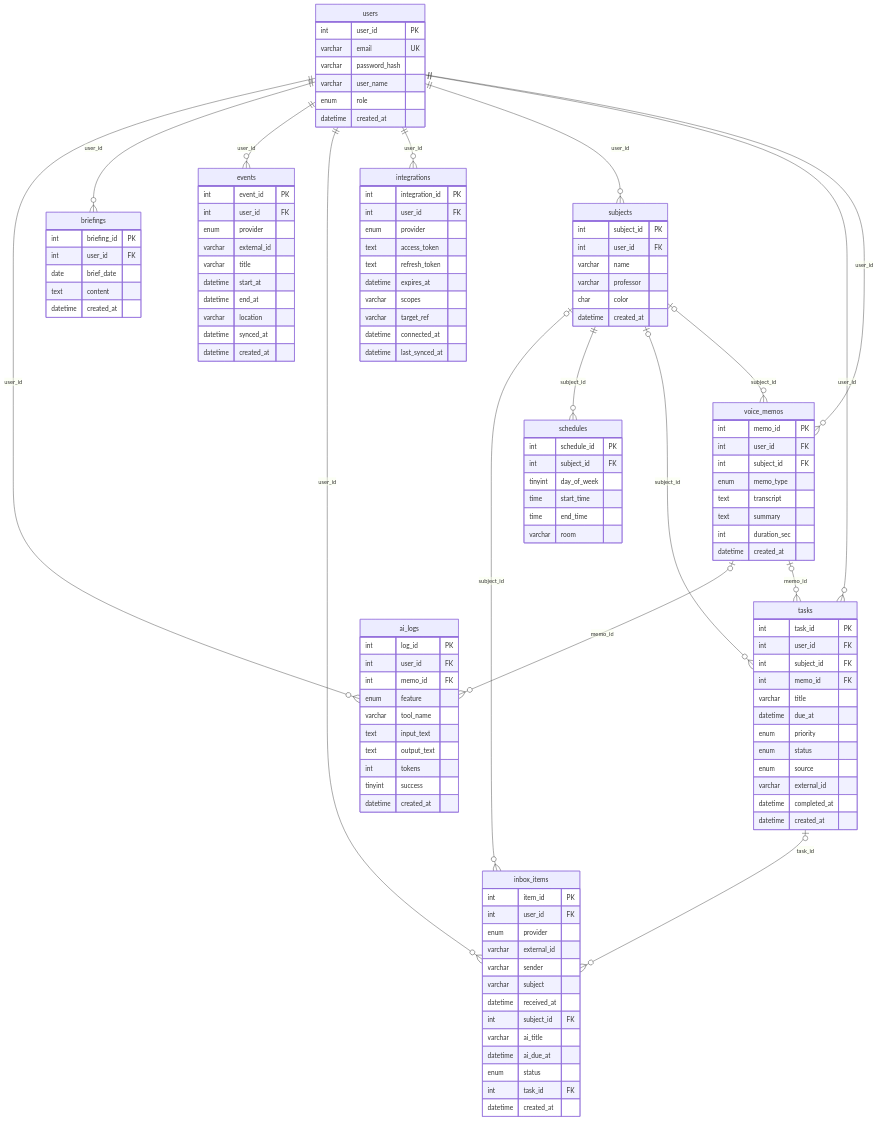
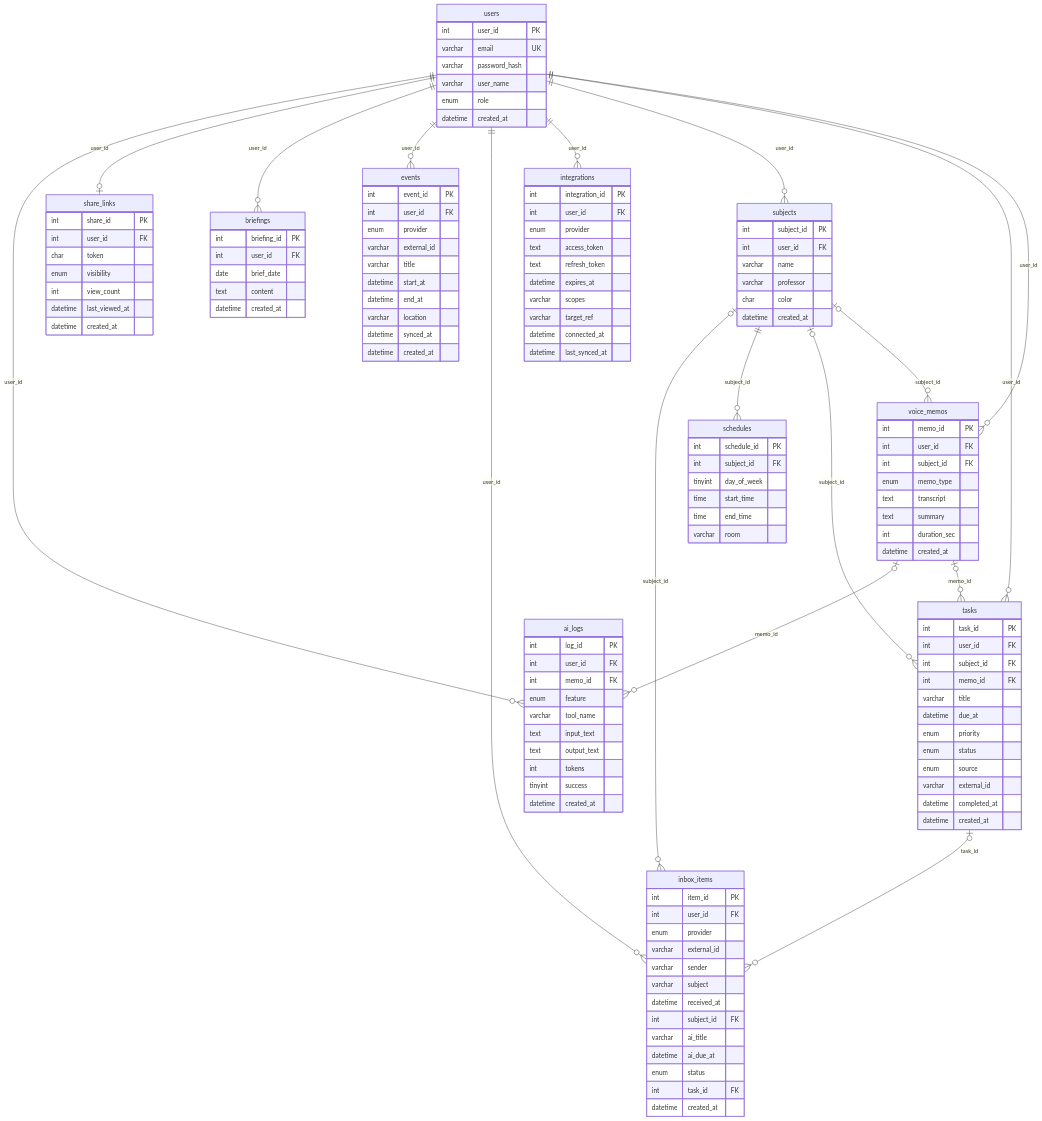
The diagram in ERD.md (gimseungjin60/voice-planner), drawn with Mermaid before and after one commit. The commit also changed 16 other files, not shown here.

````diff
--- a/ERD.md
+++ b/ERD.md
@@ -3,6 +3,7 @@
 ```mermaid
 erDiagram
     users ||--o{ ai_logs : "user_id"
+    users ||--o| share_links : "user_id"
     voice_memos |o--o{ ai_logs : "memo_id"
     users ||--o{ briefings : "user_id"
     users ||--o{ events : "user_id"
@@ -17,6 +18,15 @@
     voice_memos |o--o{ tasks : "memo_id"
     users ||--o{ voice_memos : "user_id"
     subjects |o--o{ voice_memos : "subject_id"
+    share_links {
+        int share_id PK
+        int user_id FK
+        char token
+        enum visibility
+        int view_count
+        datetime last_viewed_at
+        datetime created_at
+    }
     ai_logs {
         int log_id PK
         int user_id FK
````
